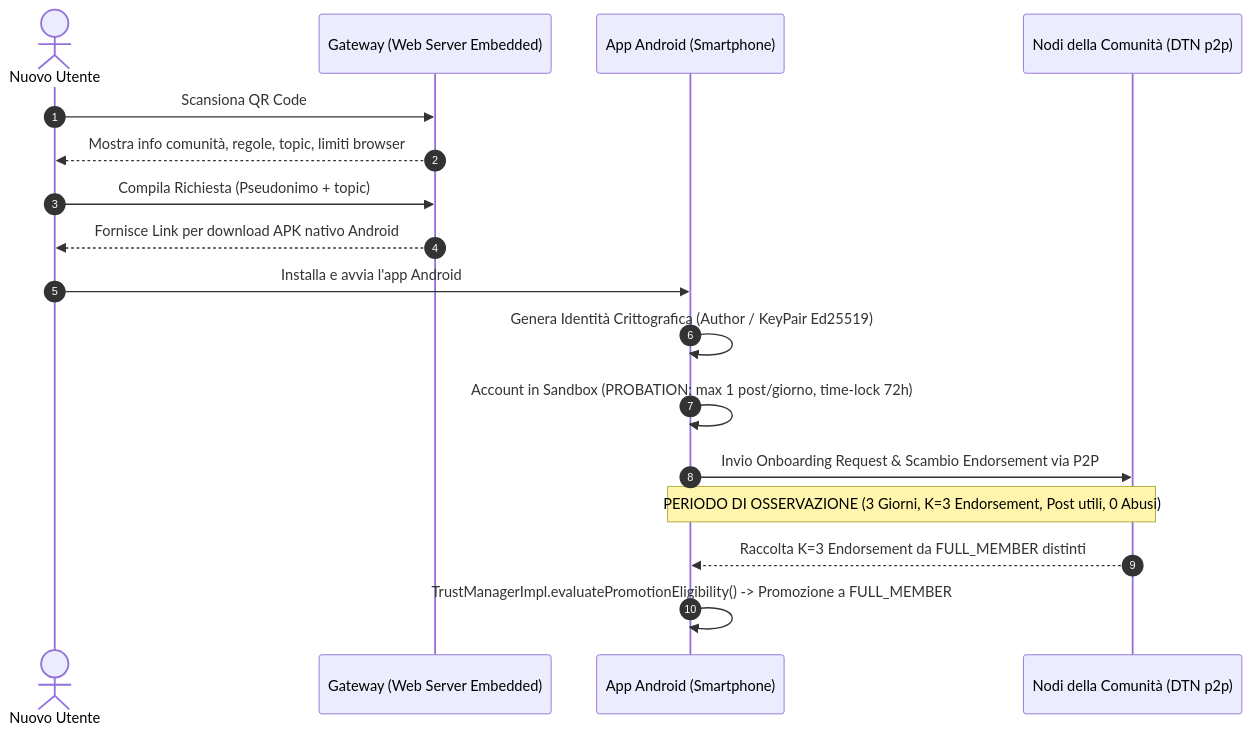
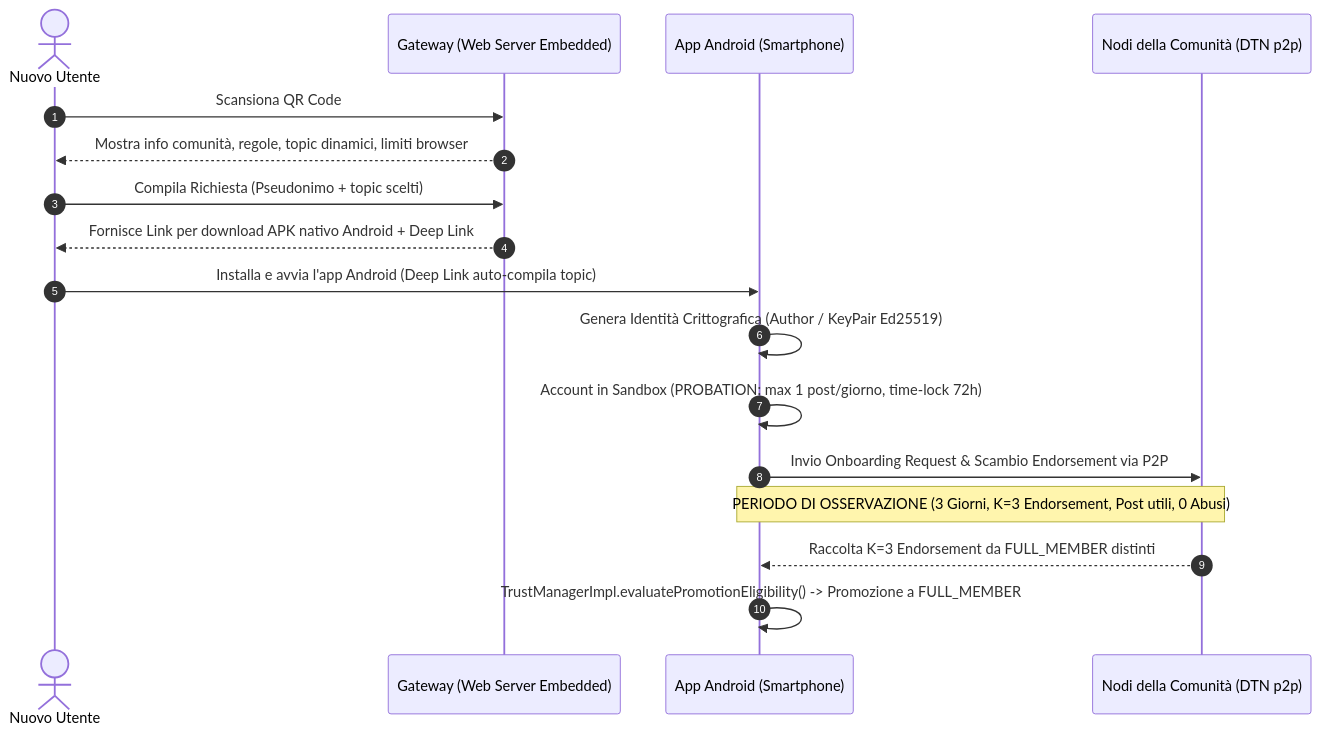
Before and after one commit to FrancescoSorini/Progetto-Tesi-Docs: the diagram in ModificheCodiceBriar/module1_browser_access_and_onboarding.md, drawn with Mermaid. The commit also changed other lines of this file and 3 other files, not shown here.

````diff
--- a/ModificheCodiceBriar/module1_browser_access_and_onboarding.md
+++ b/ModificheCodiceBriar/module1_browser_access_and_onboarding.md
@@ -8,26 +8,26 @@
 ```mermaid
 sequenceDiagram
     autonumber
     actor NuovoUtente as Nuovo Utente
     participant Gateway as Gateway (Web Server Embedded)
     participant AppAndroid as App Android (Smartphone)
     participant NodiComunita as Nodi della Comunità (DTN p2p)
 
     NuovoUtente->>Gateway: Scansiona QR Code
-    Gateway-->>NuovoUtente: Mostra info comunità, regole, topic, limiti browser
+    Gateway-->>NuovoUtente: Mostra info comunità, regole, topic dinamici, limiti browser
 
-    NuovoUtente->>Gateway: Compila Richiesta (Pseudonimo + topic)
-    Gateway-->>NuovoUtente: Fornisce Link per download APK nativo Android
+    NuovoUtente->>Gateway: Compila Richiesta (Pseudonimo + topic scelti)
+    Gateway-->>NuovoUtente: Fornisce Link per download APK nativo Android + Deep Link
 
-    NuovoUtente->>AppAndroid: Installa e avvia l'app Android
+    NuovoUtente->>AppAndroid: Installa e avvia l'app Android (Deep Link auto-compila topic)
     
     AppAndroid->>AppAndroid: Genera Identità Crittografica (Author / KeyPair Ed25519)
     AppAndroid->>AppAndroid: Account in Sandbox (PROBATION: max 1 post/giorno, time-lock 72h)
 
     AppAndroid->>NodiComunita: Invio Onboarding Request & Scambio Endorsement via P2P
     
     Note over AppAndroid, NodiComunita: PERIODO DI OSSERVAZIONE (3 Giorni, K=3 Endorsement, Post utili, 0 Abusi)
     
     NodiComunita-->>AppAndroid: Raccolta K=3 Endorsement da FULL_MEMBER distinti
     AppAndroid->>AppAndroid: TrustManagerImpl.evaluatePromotionEligibility() -> Promozione a FULL_MEMBER
 ```
````
